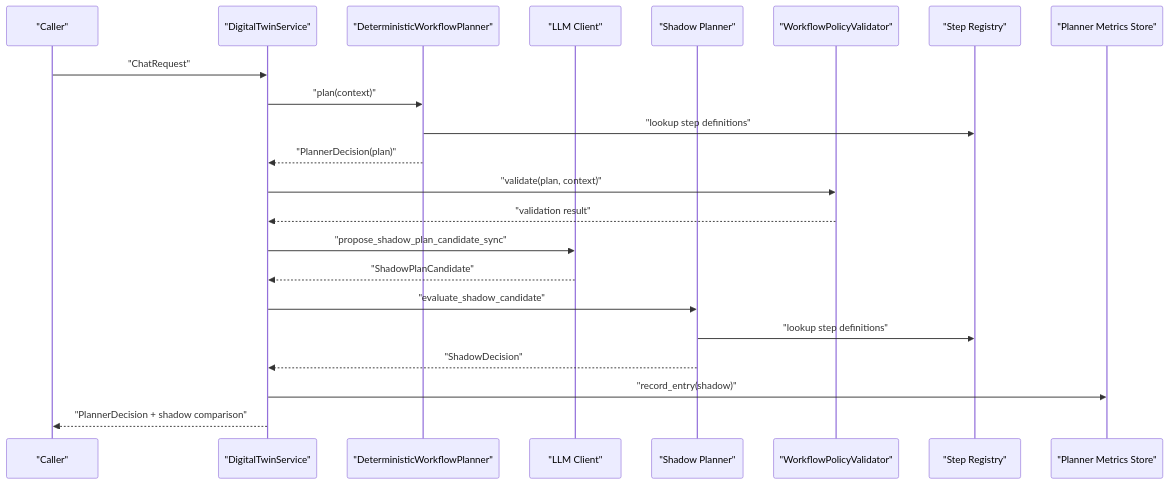
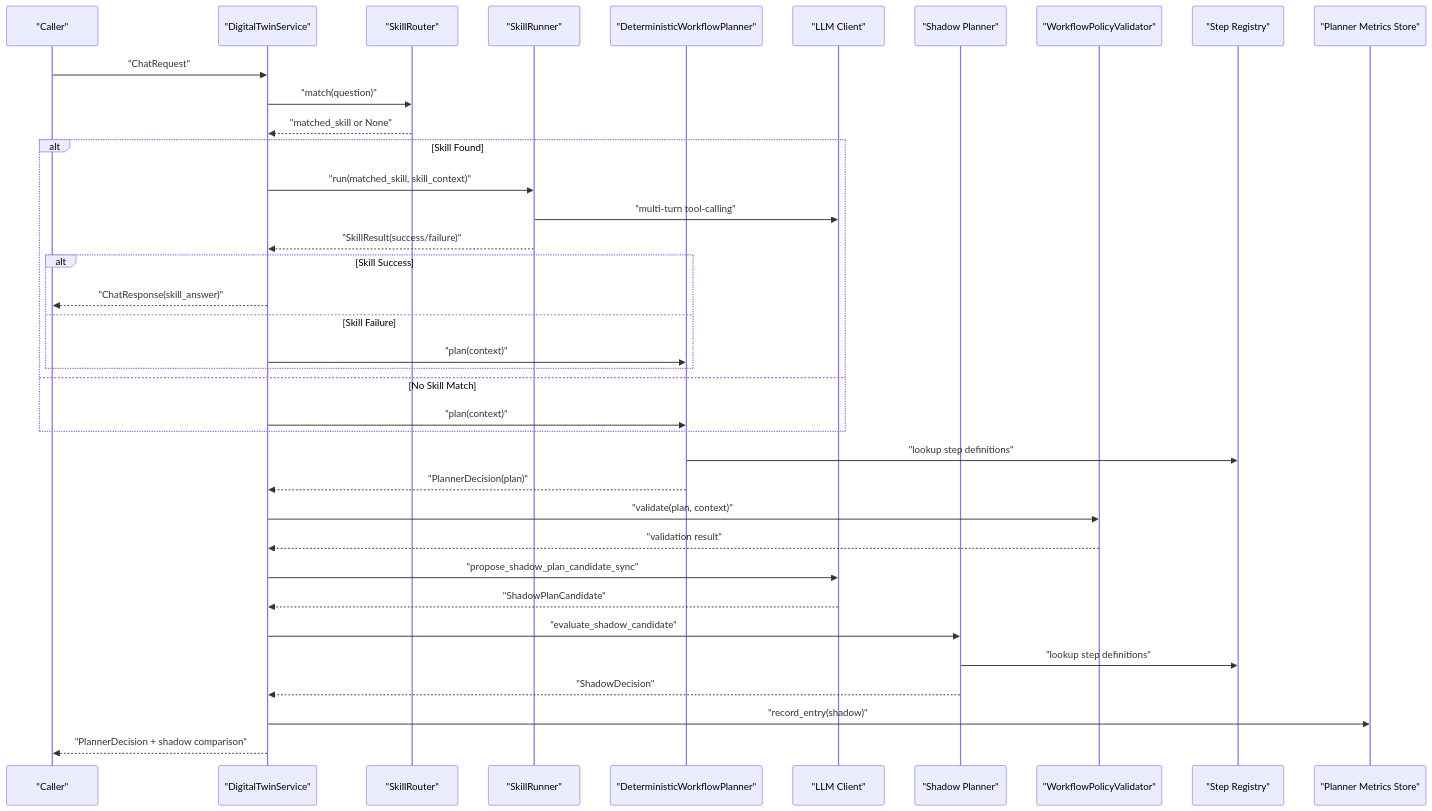
Before and after one commit to intellistream/sage-mate: the second of 19 diagrams in .qoder/repowiki/en/content/Workflow System/Workflow System.md, drawn with Mermaid. The commit also changed other lines of this file and 136 other files, not shown here.

First line of the commit message:
chore: source updates, bidirectional link graph, data and repowiki refresh

````diff
--- a/.qoder/repowiki/en/content/Workflow System/Workflow System.md
+++ b/.qoder/repowiki/en/content/Workflow System/Workflow System.md
@@ -136,24 +174,39 @@
 ```mermaid
 sequenceDiagram
 participant Client as "Caller"
 participant Service as "DigitalTwinService"
+participant SR as "SkillRouter"
+participant SKR as "SkillRunner"
 participant Planner as "DeterministicWorkflowPlanner"
 participant LLM as "LLM Client"
 participant Shadow as "Shadow Planner"
 participant Policy as "WorkflowPolicyValidator"
 participant Registry as "Step Registry"
 participant Metrics as "Planner Metrics Store"
 Client->>Service : "ChatRequest"
+Service->>SR : "match(question)"
+SR-->>Service : "matched_skill or None"
+alt Skill Found
+Service->>SKR : "run(matched_skill, skill_context)"
+SKR->>LLM : "multi-turn tool-calling"
+SKR-->>Service : "SkillResult(success/failure)"
+alt Skill Success
+Service-->>Client : "ChatResponse(skill_answer)"
+else Skill Failure
 Service->>Planner : "plan(context)"
+end
+else No Skill Match
+Service->>Planner : "plan(context)"
+end
 Planner->>Registry : "lookup step definitions"
 Planner-->>Service : "PlannerDecision(plan)"
 Service->>Policy : "validate(plan, context)"
 Policy-->>Service : "validation result"
 Service->>LLM : "propose_shadow_plan_candidate_sync"
 LLM-->>Service : "ShadowPlanCandidate"
 Service->>Shadow : "evaluate_shadow_candidate"
 Shadow->>Registry : "lookup step definitions"
 Shadow-->>Service : "ShadowDecision"
 Service->>Metrics : "record_entry(shadow)"
 Service-->>Client : "PlannerDecision + shadow comparison"
 ```
````
